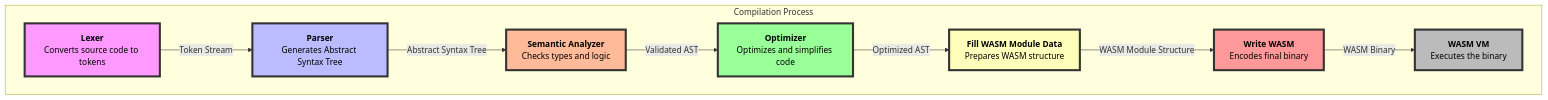
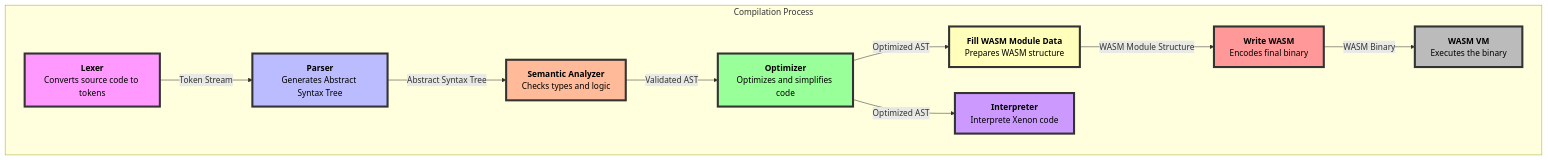
The diagram in README.md (Xenon-Lang-Org/docs), drawn with Mermaid before and after one commit. The commit also changed 2 other files, not shown here.

Commit message:
Add interpreter in mermaid diagram

````diff
--- a/README.md
+++ b/README.md
@@ -60,19 +60,21 @@
 ```mermaid
 graph TD
     style A fill:#f9f,stroke:#333,stroke-width:4px
     style B fill:#bbf,stroke:#333,stroke-width:4px
     style C fill:#fb9,stroke:#333,stroke-width:4px
     style D fill:#9f9,stroke:#333,stroke-width:4px
     style E fill:#ffb,stroke:#333,stroke-width:4px
     style F fill:#f99,stroke:#333,stroke-width:4px
     style G fill:#bbb,stroke:#333,stroke-width:4px
+    style H fill:#c9f,stroke:#333,stroke-width:4px
 
     subgraph Compilation Process
         A["<b style='color:black'>Lexer</b><br/><span style='color:black'>Converts source code to tokens</span>"] -->|Token Stream| B["<b style='color:black'>Parser</b><br/><span style='color:black'>Generates Abstract Syntax Tree</span>"]
         B -->|Abstract Syntax Tree| C["<b style='color:black'>Semantic Analyzer</b><br/><span style='color:black'>Checks types and logic</span>"]
         C -->|Validated AST| D["<b style='color:black'>Optimizer</b><br/><span style='color:black'>Optimizes and simplifies code</span>"]
         D -->|Optimized AST| E["<b style='color:black'>Fill WASM Module Data</b><br/><span style='color:black'>Prepares WASM structure</span>"]
         E -->|WASM Module Structure| F["<b style='color:black'>Write WASM</b><br/><span style='color:black'>Encodes final binary</span>"]
         F -->|WASM Binary| G["<b style='color:black'>WASM VM</b><br/><span style='color:black'>Executes the binary</span>"]
+        D -->|Optimized AST| H["<b style='color:black'>Interpreter</b><br/><span style='color:black'>Interprete Xenon code</span>"]
     end
 ```
````
